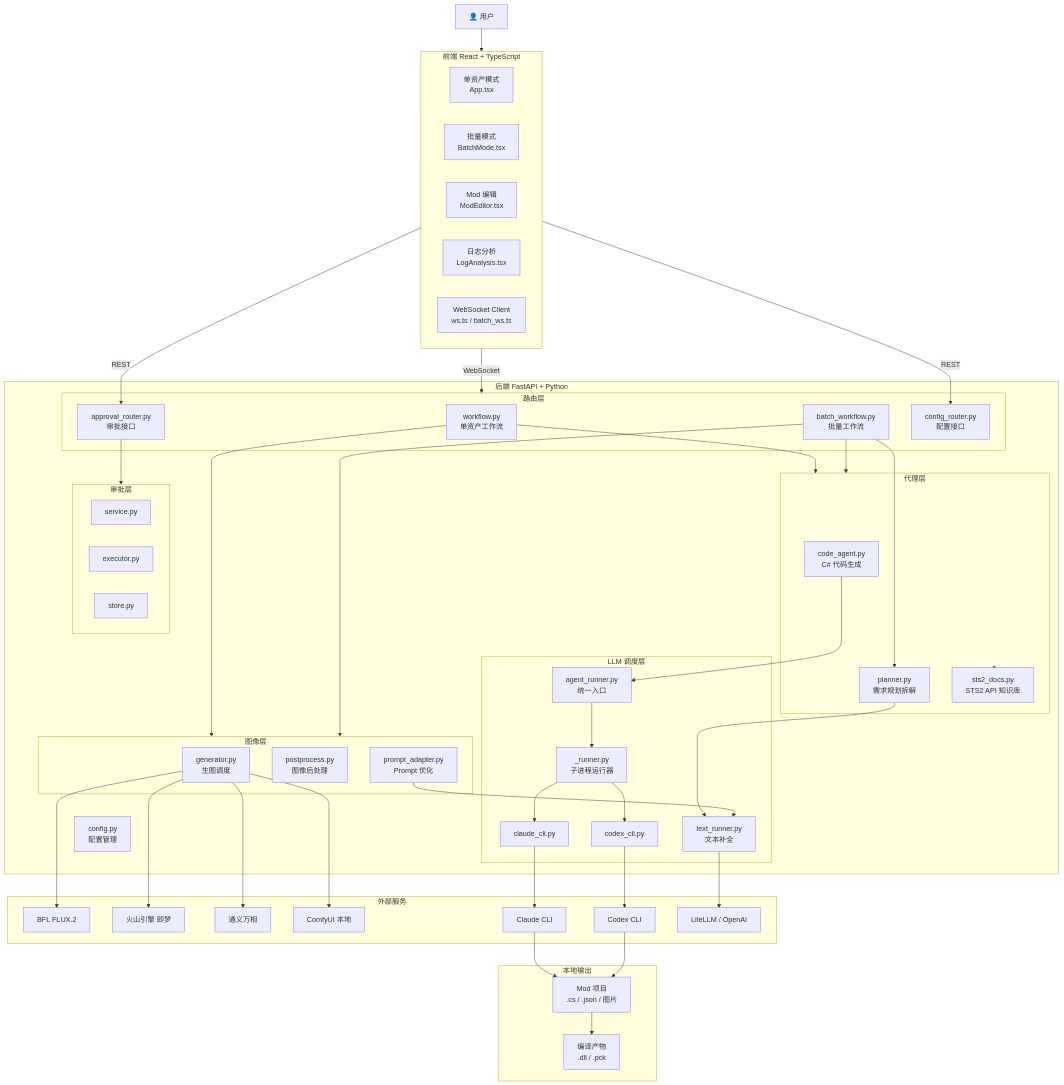
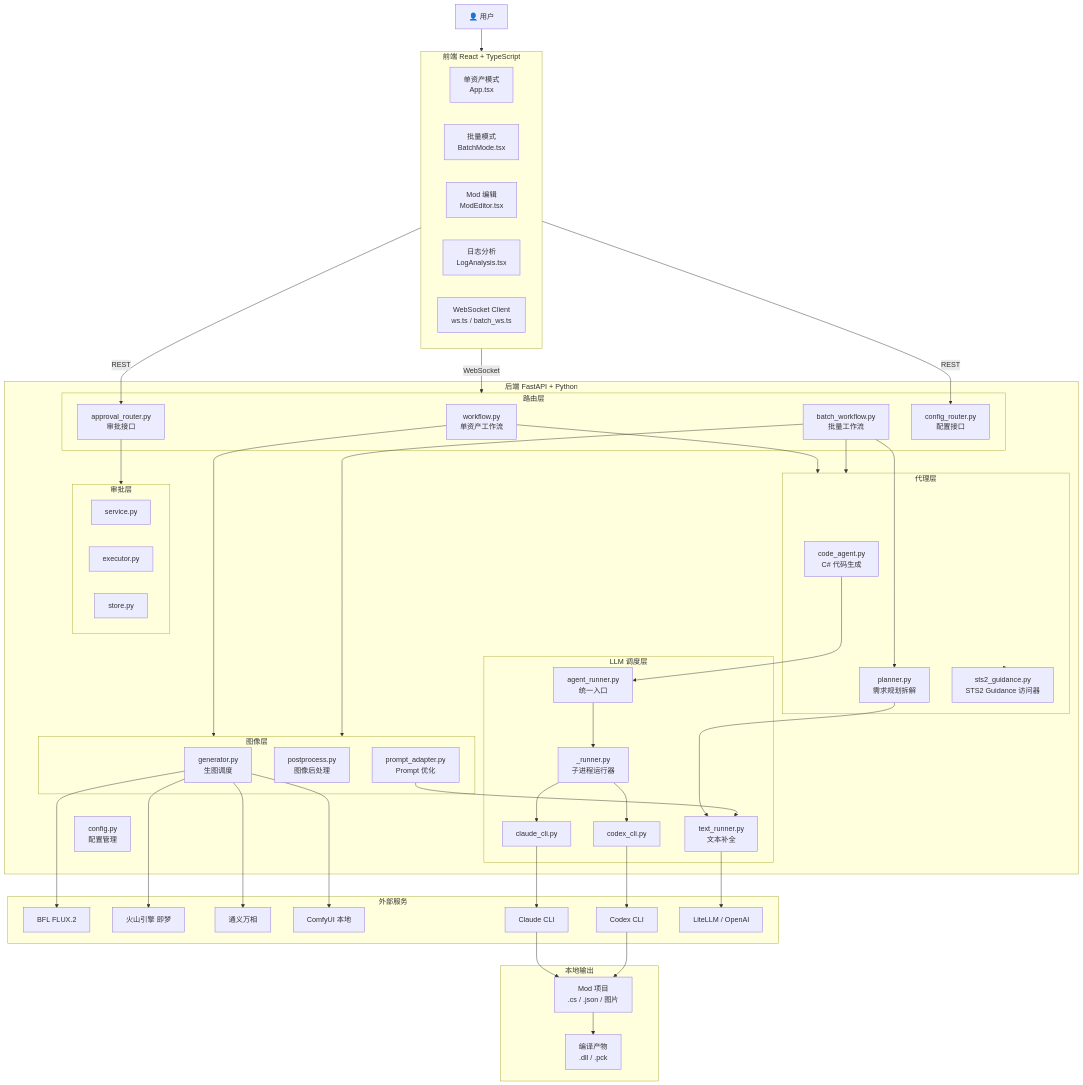
One commit to Frashmeat/AgentForSTS2 changed the first of 6 diagrams in docs/01-总览/项目架构总览.md. Above: the diagram before and after it, drawn with Mermaid. The commit also changed other lines of this file and 24 other files, not shown here.

```diff
--- a/docs/01-总览/项目架构总览.md
+++ b/docs/01-总览/项目架构总览.md
@@ -31,7 +31,7 @@
         subgraph Agents["代理层"]
             CA["code_agent.py\nC# 代码生成"]
             PL["planner.py\n需求规划拆解"]
-            DOCS["sts2_docs.py\nSTS2 API 知识库"]
+            DOCS["sts2_guidance.py\nSTS2 Guidance 访问器"]
         end
 
         subgraph LLM["LLM 调度层"]
```
